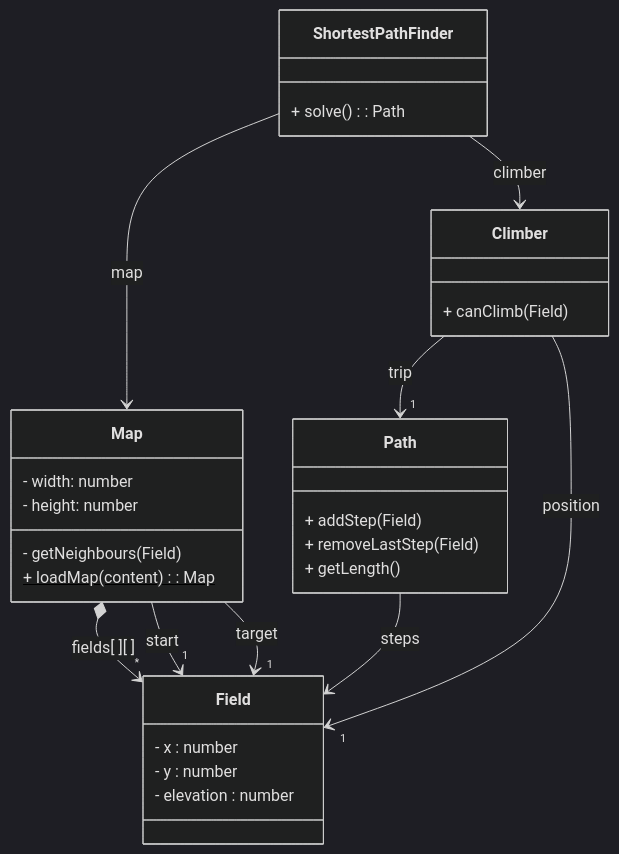
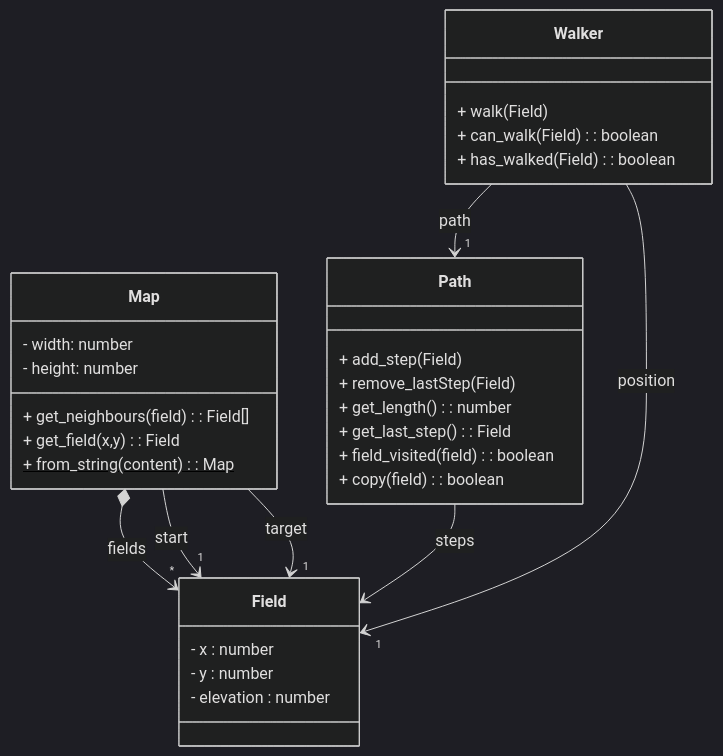
One commit to riederm/hillclimber.python changed the diagram in README.md. Above: the diagram before and after it, drawn with Mermaid (dark theme).

````diff
--- a/README.md
+++ b/README.md
@@ -21,37 +21,38 @@
 ```mermaid
 classDiagram
 class Map {
   - width: number
   - height: number
-  - getNeighbours(Field)
-  + loadMap(content)$ : Map
+  + get_neighbours(field): Field[]
+  + get_field(x,y): Field
+  + from_string(content)$ : Map
 }
-Map *--> "*" Field : fields[ ][ ]
+Map *--> "*" Field : fields
 Map --> "1" Field : start
 Map --> "1" Field : target
 
 class Field {
   - x : number
   - y : number
   - elevation : number
 }
 
 class Path {
-  + addStep(Field)
-  + removeLastStep(Field)
-  + getLength()
+  + add_step(Field)
+  + remove_lastStep(Field)
+  + get_length(): number
+  + get_last_step(): Field
+  + field_visited(field): boolean
+  + copy(field): boolean
 }
 Path --> Field : steps
 
-class Climber {
-  + canClimb(Field)
+class Walker {
+  + walk(Field)
+  + can_walk(Field): boolean
+  + has_walked(Field): boolean
 }
-Climber --> "1" Field: position
-Climber --> "1" Path: trip
+Walker --> "1" Field: position
+Walker --> "1" Path: path
 
-class ShortestPathFinder{
-  + solve(): Path
-}
-ShortestPathFinder --> Climber : climber
-ShortestPathFinder --> Map : map
 ```
````
